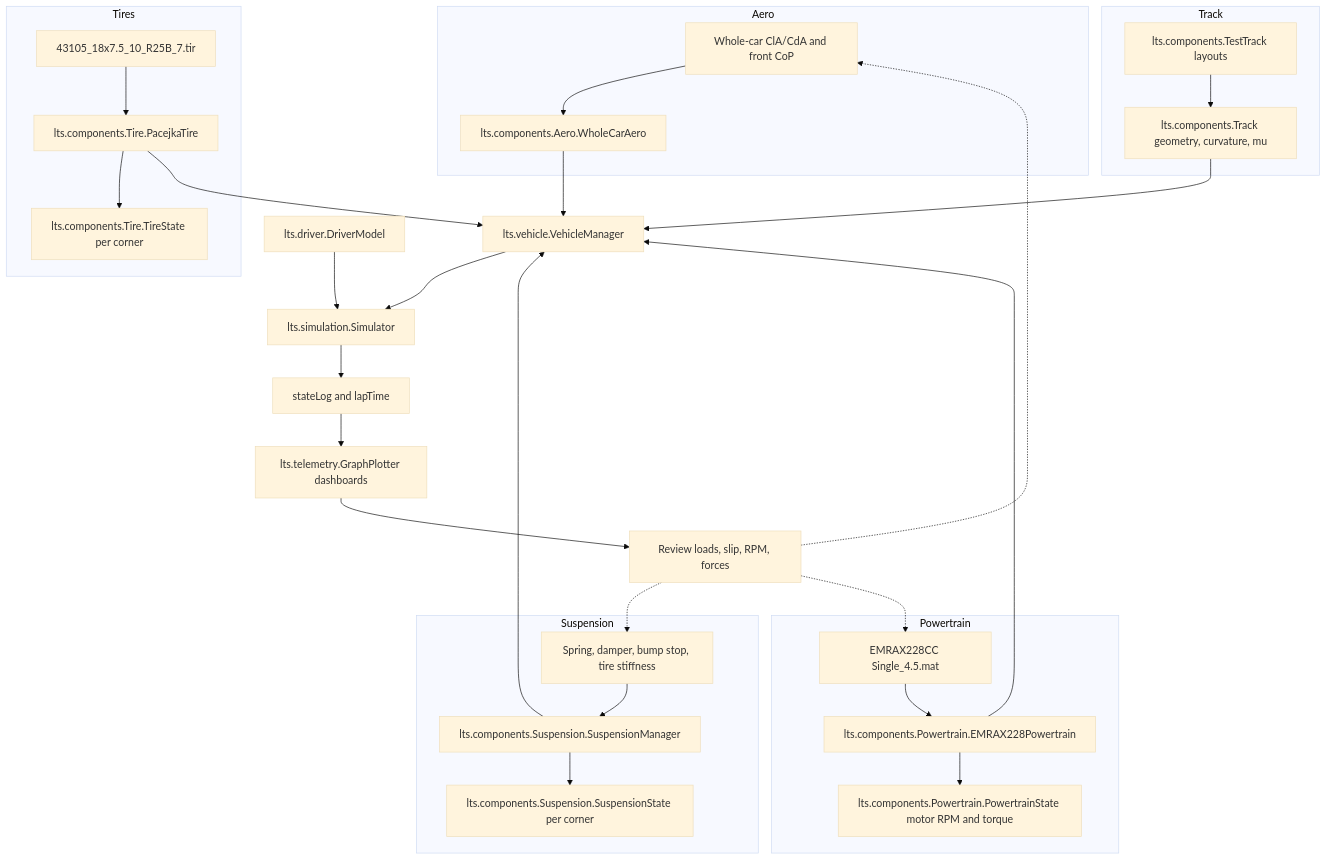
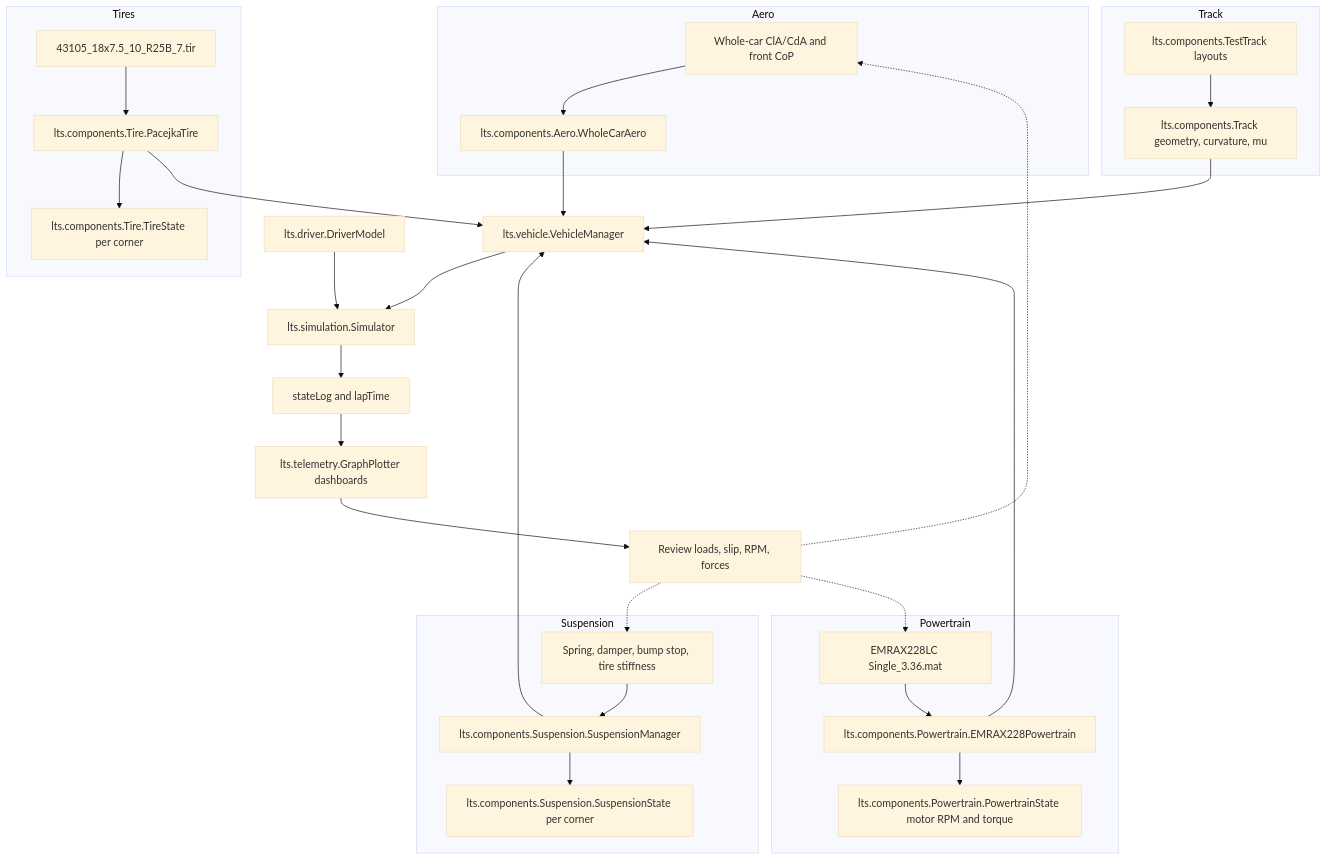
One commit to jyjh/lts changed the diagram in docs/workflow/workflow.mmd. Above: the diagram before and after it, drawn with Mermaid (base theme). The commit also changed 31 other files, not shown here.

```diff
--- a/docs/workflow/workflow.mmd
+++ b/docs/workflow/workflow.mmd
@@ -1,37 +1,37 @@
 graph TD
     subgraph "Aero"
         AeroInputs[Whole-car ClA/CdA and front CoP] --> WholeCarAero[lts.components.Aero.WholeCarAero]
     end
 
     subgraph "Suspension"
         SuspSetup[Spring, damper, bump stop, tire stiffness] --> SuspManager[lts.components.Suspension.SuspensionManager]
         SuspManager --> SuspState[lts.components.Suspension.SuspensionState per corner]
     end
 
     subgraph "Powertrain"
-        EMRAXMap[EMRAX228CC Single_4.5.mat] --> EMRAX[lts.components.Powertrain.EMRAX228Powertrain]
+        EMRAXMap[EMRAX228LC Single_3.36.mat] --> EMRAX[lts.components.Powertrain.EMRAX228Powertrain]
         EMRAX --> PTState[lts.components.Powertrain.PowertrainState motor RPM and torque]
     end
 
     subgraph "Tires"
         TireFile[43105_18x7.5_10_R25B_7.tir] --> Pacejka[lts.components.Tire.PacejkaTire]
         Pacejka --> TireState[lts.components.Tire.TireState per corner]
     end
 
     subgraph "Track"
         TestLayouts[lts.components.TestTrack layouts] --> TrackObj[lts.components.Track geometry, curvature, mu]
     end
 
     WholeCarAero --> Vehicle[lts.vehicle.VehicleManager]
     SuspManager --> Vehicle
     EMRAX --> Vehicle
     Pacejka --> Vehicle
     TrackObj --> Vehicle
     Vehicle --> Simulator[lts.simulation.Simulator]
     Driver[lts.driver.DriverModel] --> Simulator
     Simulator --> Log[stateLog and lapTime]
     Log --> Plots[lts.telemetry.GraphPlotter dashboards]
     Plots --> Review[Review loads, slip, RPM, forces]
     Review -.-> AeroInputs
     Review -.-> SuspSetup
     Review -.-> EMRAXMap
```
